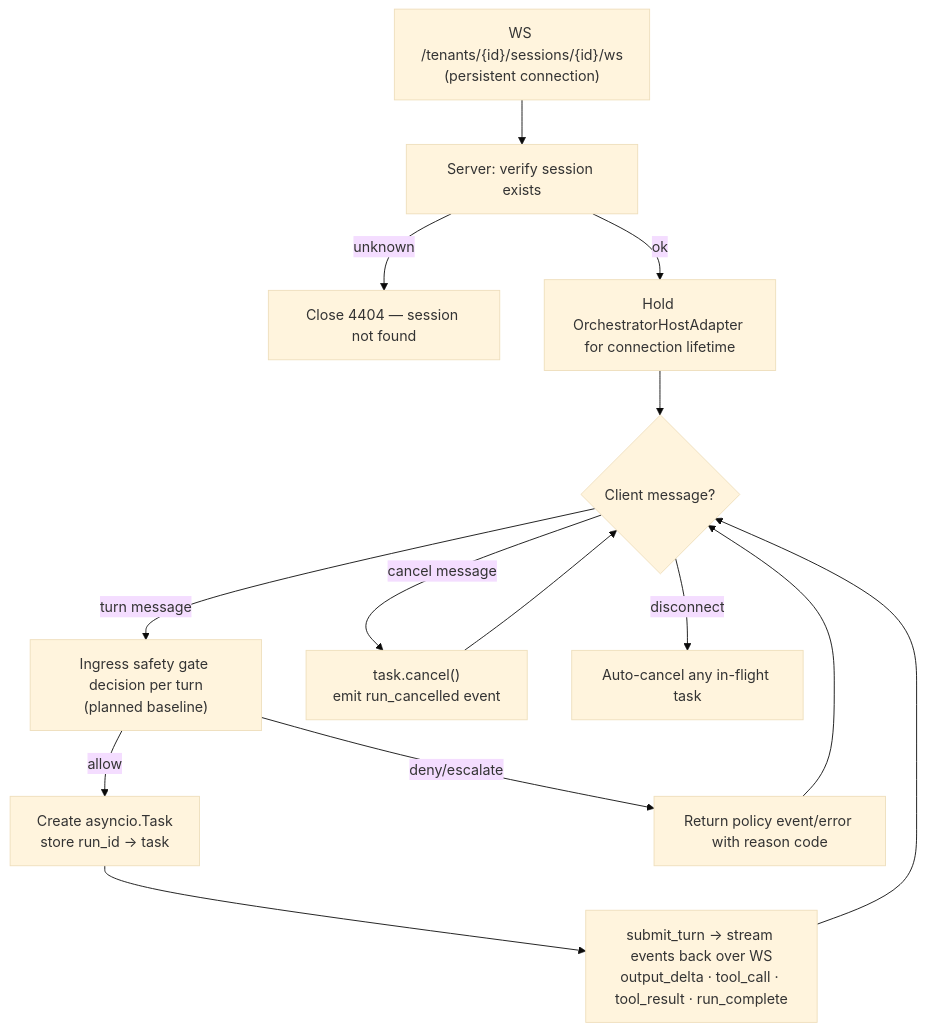
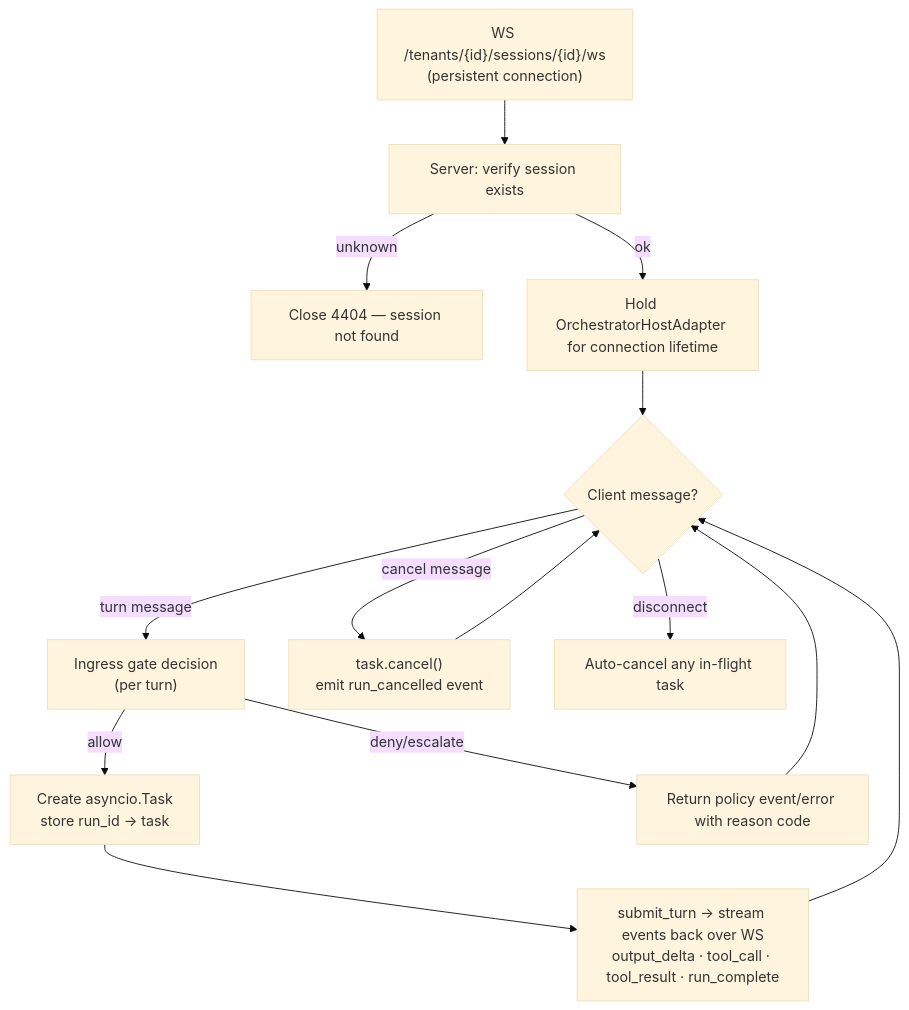
The third of 6 diagrams in README.md (SavinRazvan/eXo-brain), drawn with Mermaid (base theme) before and after one commit. The commit also changed other lines of this file and 5 other files, not shown here.

First line of the commit message:
docs: add ARCHITECTURE.md and correct architecture diagrams

````diff
--- a/README.md
+++ b/README.md
@@ -342,16 +342,16 @@
 ```mermaid
 flowchart TD
     A["WS /tenants/{id}/sessions/{id}/ws\n(persistent connection)"] --> B["Server: verify session exists"]
     B -->|unknown| C["Close 4404 — session not found"]
     B -->|ok| D["Hold OrchestratorHostAdapter for connection lifetime"]
     D --> E{Client message?}
-    E -->|turn message| F["Ingress safety gate decision per turn\n(planned baseline)"]
+    E -->|turn message| F["Ingress gate decision\n(per turn)"]
     F -->|allow| G["Create asyncio.Task\nstore run_id → task"]
     F -->|deny/escalate| H["Return policy event/error with reason code"]
     G --> I["submit_turn → stream events back over WS\noutput_delta · tool_call · tool_result · run_complete"]
     I --> E
     H --> E
     E -->|cancel message| J["task.cancel()\nemit run_cancelled event"]
     J --> E
     E -->|disconnect| K["Auto-cancel any in-flight task"]
 ```
````
